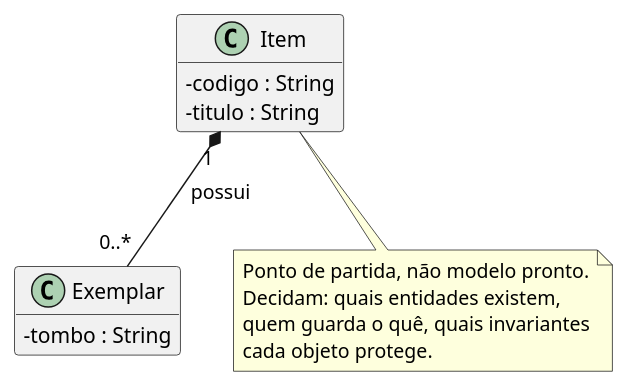
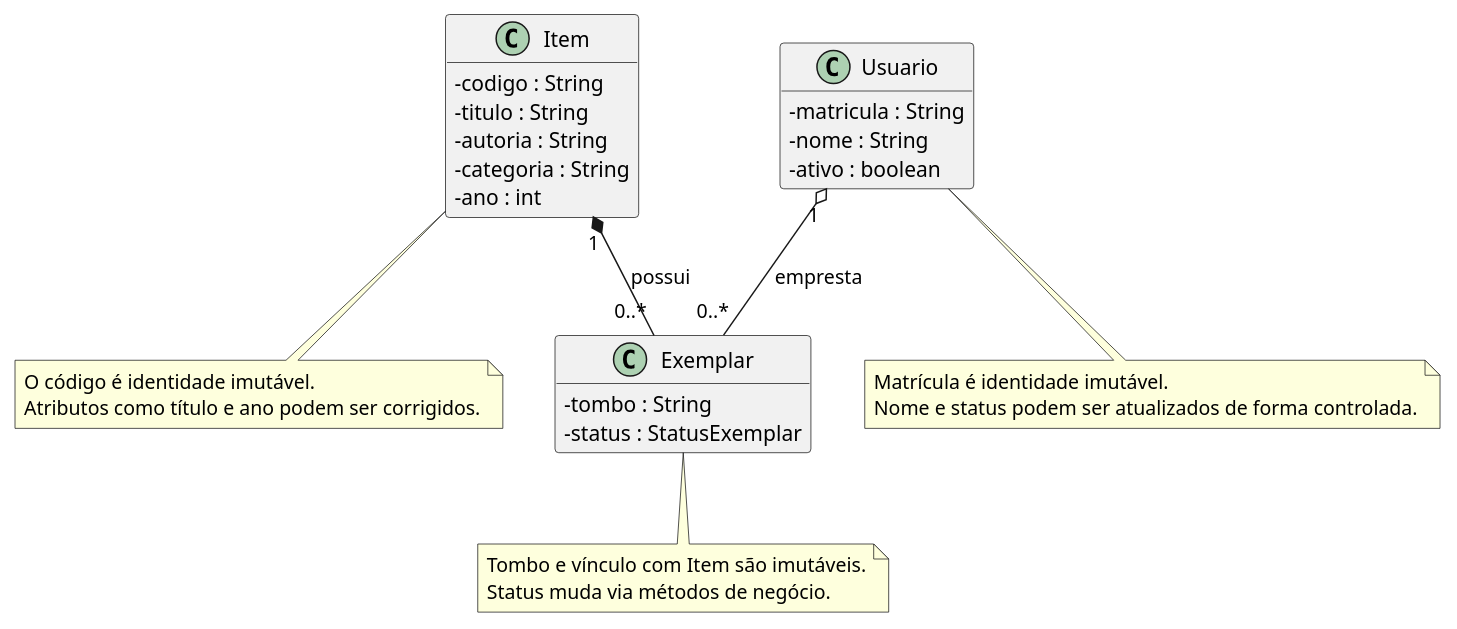
Before and after one commit to ToComSono2050/POO-Projeto-Biblioteca: the diagram in docs/modelo.puml, drawn with PlantUML.

Commit message:
construção de esqueleto de modelo puml

```diff
--- a/docs/modelo.puml
+++ b/docs/modelo.puml
@@ -1,32 +1,42 @@
 @startuml
-' Modelo de domínio do sistema: Entrega 1.
-'
-' Este arquivo é o ponto de partida. Substitua pelo modelo da sua equipe.
-' O diagrama precisa corresponder ao código entregue.
-'
-' Para gerar a imagem: instale o plugin PlantUML no IntelliJ, ou use
-'   plantuml docs/modelo.puml
-' e versione a imagem gerada ao lado deste arquivo.
-
 skinparam classAttributeIconSize 0
 hide empty members
 
 class Item {
   - codigo : String
   - titulo : String
+  - autoria : String
+  - categoria : String
+  - ano : int
 }
 
 class Exemplar {
   - tombo : String
+  - status : StatusExemplar
+}
+
+class Usuario {
+  - matricula : String
+  - nome : String
+  - ativo : boolean
 }
 
 Item "1" *-- "0..*" Exemplar : possui
+Usuario "1" o-- "0..*" Exemplar : empresta
 
 note bottom of Item
-  Ponto de partida, não modelo pronto.
-  Decidam: quais entidades existem,
-  quem guarda o quê, quais invariantes
-  cada objeto protege.
+  O código é identidade imutável.
+  Atributos como título e ano podem ser corrigidos.
+end note
+
+note bottom of Exemplar
+  Tombo e vínculo com Item são imutáveis.
+  Status muda via métodos de negócio.
+end note
+
+note bottom of Usuario
+  Matrícula é identidade imutável.
+  Nome e status podem ser atualizados de forma controlada.
 end note
 
 @enduml
```
